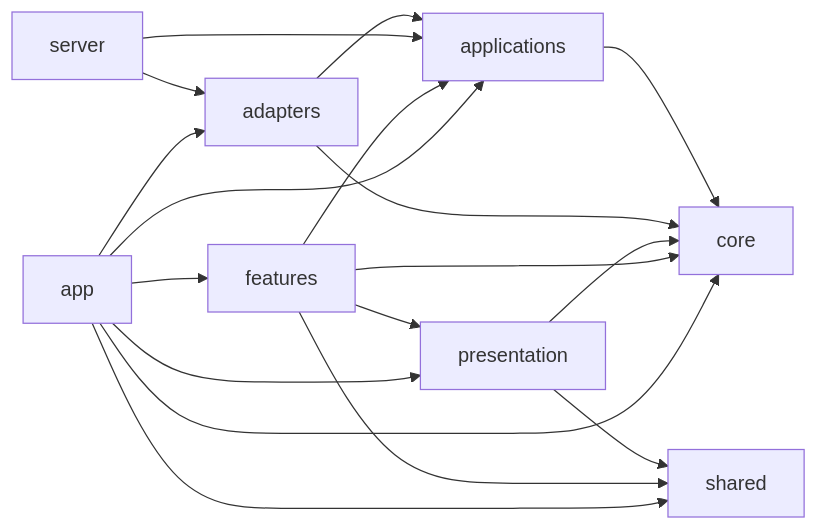
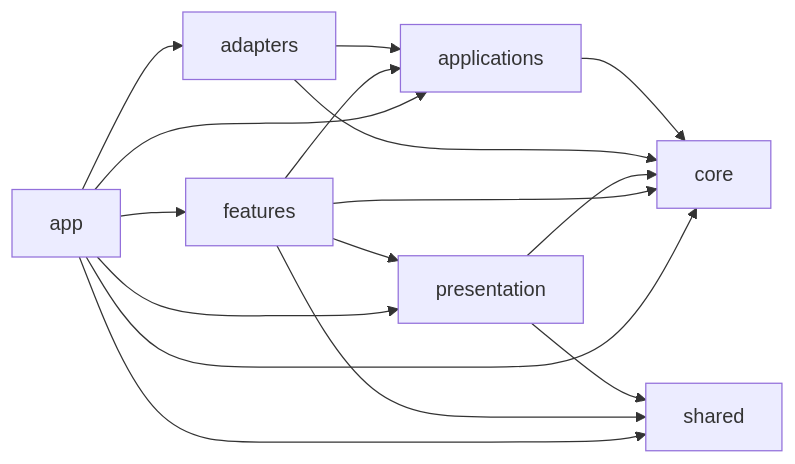
The diagram in docs/architecture/repository-map.md (AlbiDR/FolioDash), drawn with Mermaid before and after one commit. The commit also changed other lines of this file and 42 other files, not shown here.

````diff
--- a/docs/architecture/repository-map.md
+++ b/docs/architecture/repository-map.md
@@ -9,20 +9,18 @@
 ```mermaid
 flowchart LR
   applications[applications] --> core[core]
   adapters[adapters] --> core[core]
   adapters[adapters] --> applications[applications]
-  server[server] --> applications[applications]
-  server[server] --> adapters[adapters]
   presentation[presentation] --> core[core]
   presentation[presentation] --> shared[shared]
   features[features] --> core[core]
   features[features] --> applications[applications]
   features[features] --> shared[shared]
   features[features] --> presentation[presentation]
   app[app] --> core[core]
   app[app] --> applications[applications]
   app[app] --> adapters[adapters]
   app[app] --> shared[shared]
   app[app] --> presentation[presentation]
   app[app] --> features[features]
 ```
````
